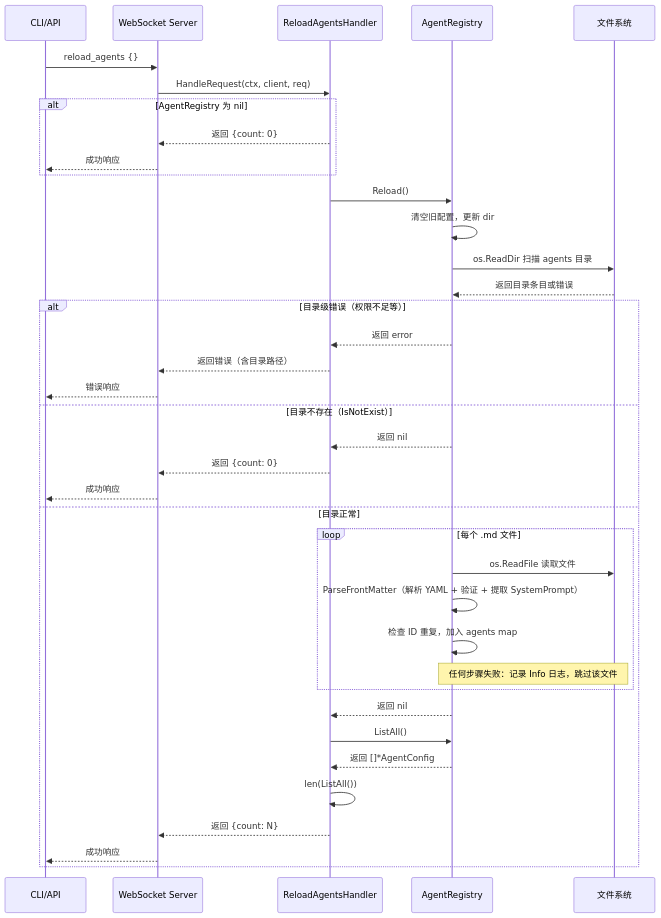
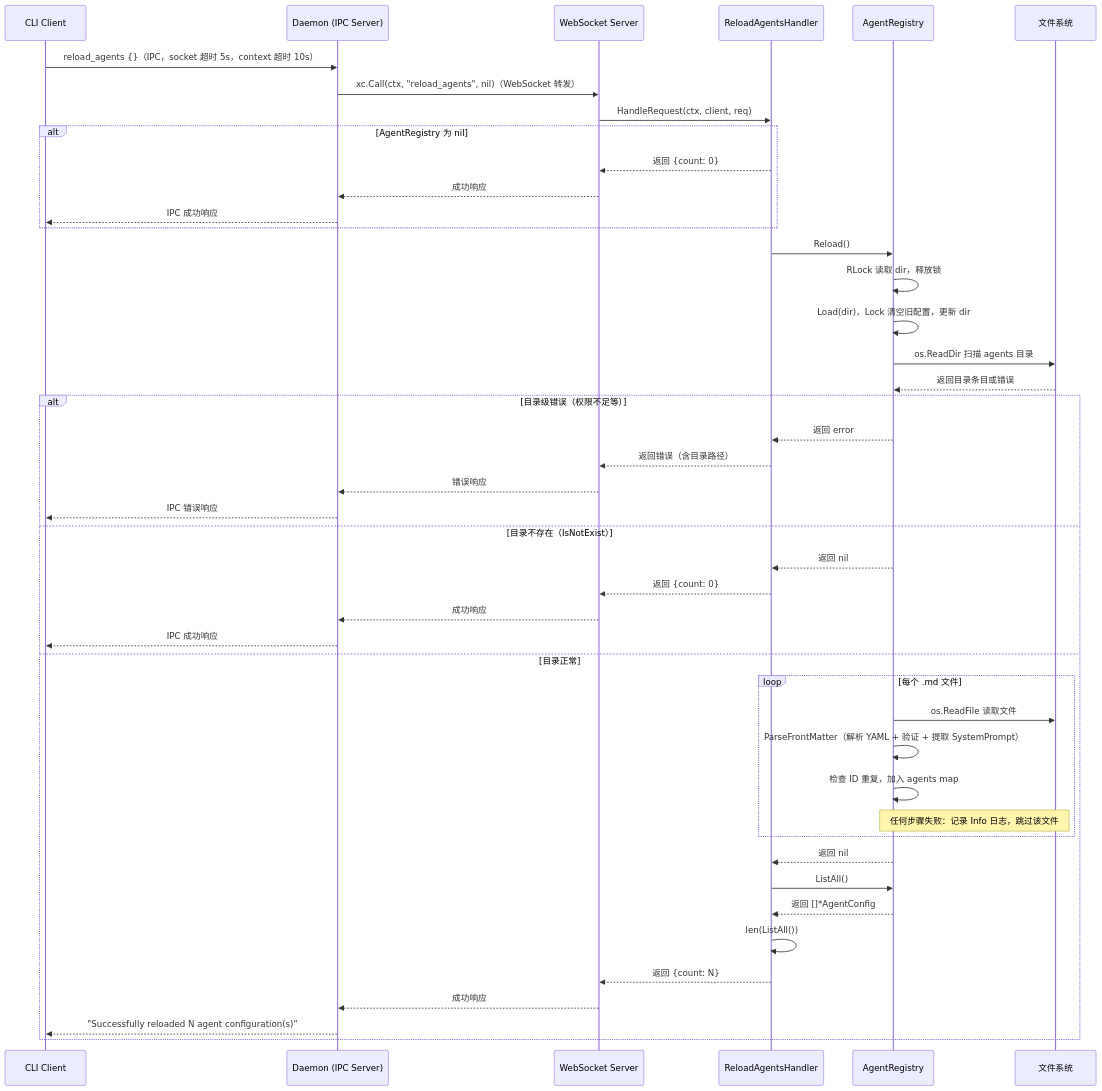
Before and after one commit to PineappleBond/xyncra-server: the first of 6 diagrams in wiki/flows/reload-agents.md, drawn with Mermaid. The commit also changed other lines of this file and 21 other files, not shown here.

Commit message:
docs(wiki): add edge cases and fix inaccuracies across all flow documents

````diff
--- a/wiki/flows/reload-agents.md
+++ b/wiki/flows/reload-agents.md
@@ -38,44 +40,51 @@
 ```mermaid
 sequenceDiagram
-    participant C as CLI/API
+    participant C as CLI Client
+    participant D as Daemon (IPC Server)
     participant WS as WebSocket Server
     participant H as ReloadAgentsHandler
     participant R as AgentRegistry
     participant FS as 文件系统
 
-    C->>WS: reload_agents {}
+    C->>D: reload_agents {}（IPC，socket 超时 5s，context 超时 10s）
+    D->>WS: xc.Call(ctx, "reload_agents", nil)（WebSocket 转发）
     WS->>H: HandleRequest(ctx, client, req)
 
     alt AgentRegistry 为 nil
         H-->>WS: 返回 {count: 0}
-        WS-->>C: 成功响应
+        WS-->>D: 成功响应
+        D-->>C: IPC 成功响应
     end
 
     H->>R: Reload()
-    R->>R: 清空旧配置，更新 dir
+    R->>R: RLock 读取 dir，释放锁
+    R->>R: Load(dir)，Lock 清空旧配置，更新 dir
     R->>FS: os.ReadDir 扫描 agents 目录
     FS-->>R: 返回目录条目或错误
 
     alt 目录级错误（权限不足等）
         R-->>H: 返回 error
         H-->>WS: 返回错误（含目录路径）
-        WS-->>C: 错误响应
+        WS-->>D: 错误响应
+        D-->>C: IPC 错误响应
     else 目录不存在（IsNotExist）
         R-->>H: 返回 nil
         H-->>WS: 返回 {count: 0}
-        WS-->>C: 成功响应
+        WS-->>D: 成功响应
+        D-->>C: IPC 成功响应
     else 目录正常
         loop 每个 .md 文件
             R->>FS: os.ReadFile 读取文件
             R->>R: ParseFrontMatter（解析 YAML + 验证 + 提取 SystemPrompt）
             R->>R: 检查 ID 重复，加入 agents map
             Note over R,FS: 任何步骤失败：记录 Info 日志，跳过该文件
         end
         R-->>H: 返回 nil
         H->>R: ListAll()
         R-->>H: 返回 []*AgentConfig
         H->>H: len(ListAll())
         H-->>WS: 返回 {count: N}
-        WS-->>C: 成功响应
+        WS-->>D: 成功响应
+        D-->>C: "Successfully reloaded N agent configuration(s)"
     end
 ```
````
